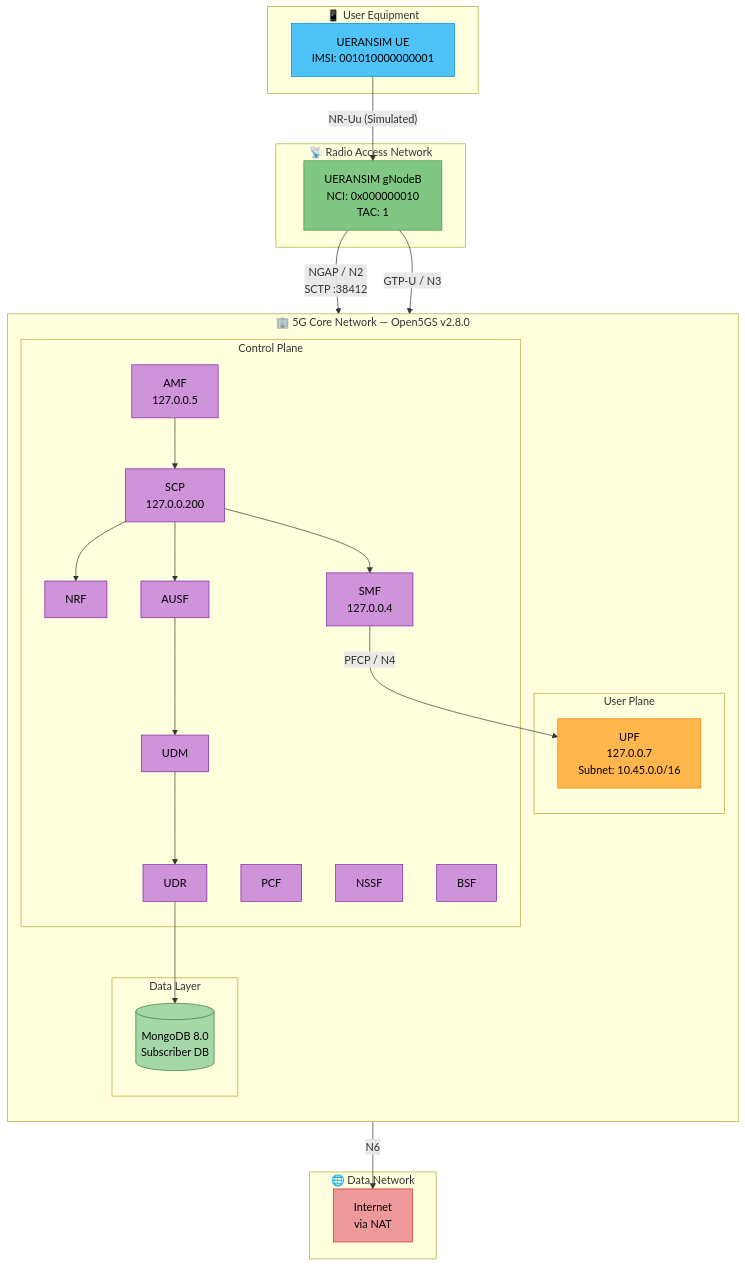
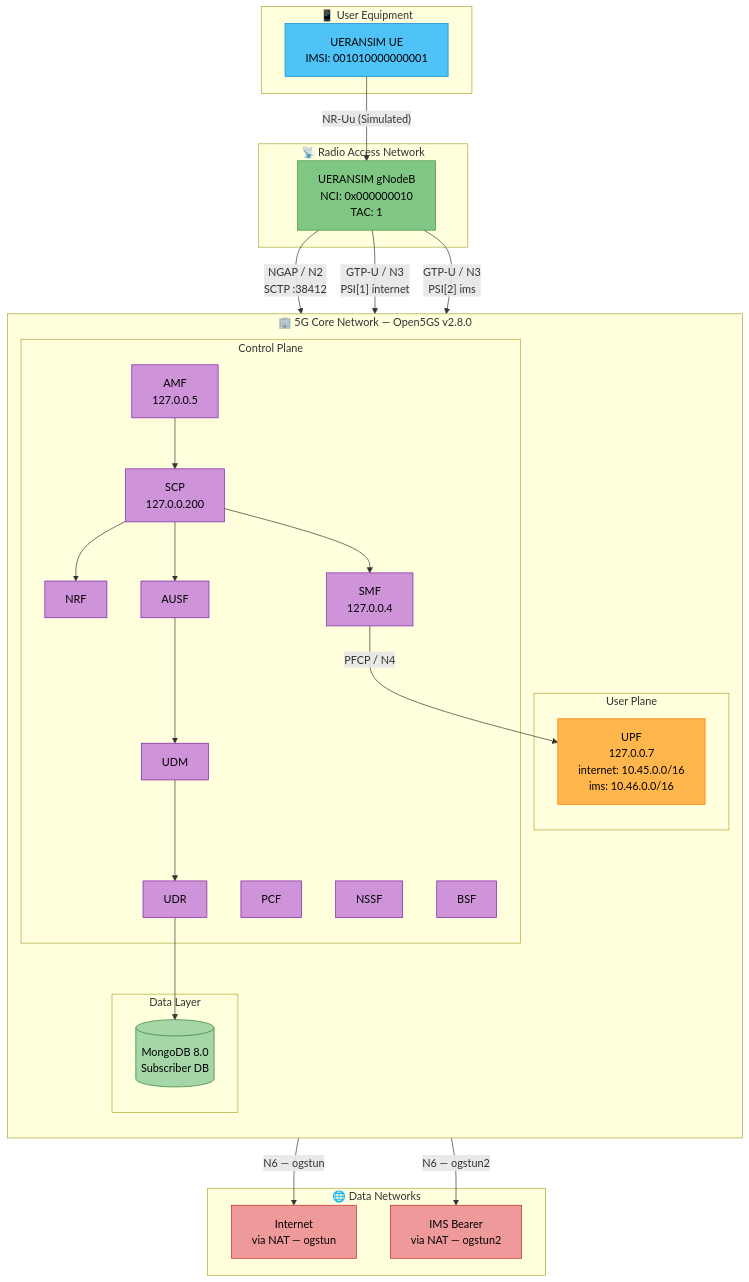
One commit to khattabpi/Open-Telecom-Lab changed the first of 4 diagrams in README.md. Above: the diagram before and after it, drawn with Mermaid. The commit also changed other lines of this file, not shown here.

````diff
--- a/README.md
+++ b/README.md
@@ -70,66 +81,69 @@
 ```mermaid
 graph TB
     subgraph UE ["📱 User Equipment"]
         UE1[UERANSIM UE<br/>IMSI: 001010000000001]
     end
 
     subgraph RAN ["📡 Radio Access Network"]
         GNB[UERANSIM gNodeB<br/>NCI: 0x000000010<br/>TAC: 1]
     end
 
     subgraph CORE ["🏢 5G Core Network — Open5GS v2.8.0"]
         direction TB
 
         subgraph CP ["Control Plane"]
             AMF[AMF<br/>127.0.0.5]
             SMF[SMF<br/>127.0.0.4]
             NRF[NRF]
             AUSF[AUSF]
             UDM[UDM]
             UDR[UDR]
             PCF[PCF]
             NSSF[NSSF]
             BSF[BSF]
             SCP[SCP<br/>127.0.0.200]
         end
 
         subgraph UP ["User Plane"]
-            UPF[UPF<br/>127.0.0.7<br/>Subnet: 10.45.0.0/16]
+            UPF[UPF<br/>127.0.0.7<br/>internet: 10.45.0.0/16<br/>ims: 10.46.0.0/16]
         end
 
         subgraph DB ["Data Layer"]
             MONGO[(MongoDB 8.0<br/>Subscriber DB)]
         end
     end
 
-    subgraph DN ["🌐 Data Network"]
-        INTERNET[Internet<br/>via NAT]
+    subgraph DN ["🌐 Data Networks"]
+        INTERNET[Internet<br/>via NAT — ogstun]
+        IMSNET[IMS Bearer<br/>via NAT — ogstun2]
     end
 
     UE1 -->|"NR-Uu (Simulated)"| GNB
     GNB -->|"NGAP / N2<br/>SCTP :38412"| AMF
-    GNB -->|"GTP-U / N3"| UPF
+    GNB -->|"GTP-U / N3<br/>PSI[1] internet"| UPF
+    GNB -->|"GTP-U / N3<br/>PSI[2] ims"| UPF
     AMF --> SCP
     SCP --> NRF
     SCP --> AUSF
     SCP --> SMF
     AUSF --> UDM
     UDM --> UDR
     UDR --> MONGO
     SMF -->|"PFCP / N4"| UPF
-    UPF -->|"N6"| INTERNET
+    UPF -->|"N6 — ogstun"| INTERNET
+    UPF -->|"N6 — ogstun2"| IMSNET
 
     classDef ue fill:#4FC3F7,stroke:#0288D1,color:#000
     classDef ran fill:#81C784,stroke:#388E3C,color:#000
     classDef cp fill:#CE93D8,stroke:#7B1FA2,color:#000
     classDef up fill:#FFB74D,stroke:#F57C00,color:#000
     classDef db fill:#A5D6A7,stroke:#2E7D32,color:#000
     classDef dn fill:#EF9A9A,stroke:#C62828,color:#000
 
     class UE1 ue
     class GNB ran
     class AMF,SMF,NRF,AUSF,UDM,UDR,PCF,NSSF,BSF,SCP cp
     class UPF up
     class MONGO db
-    class INTERNET dn
+    class INTERNET,IMSNET dn
 ```
````
